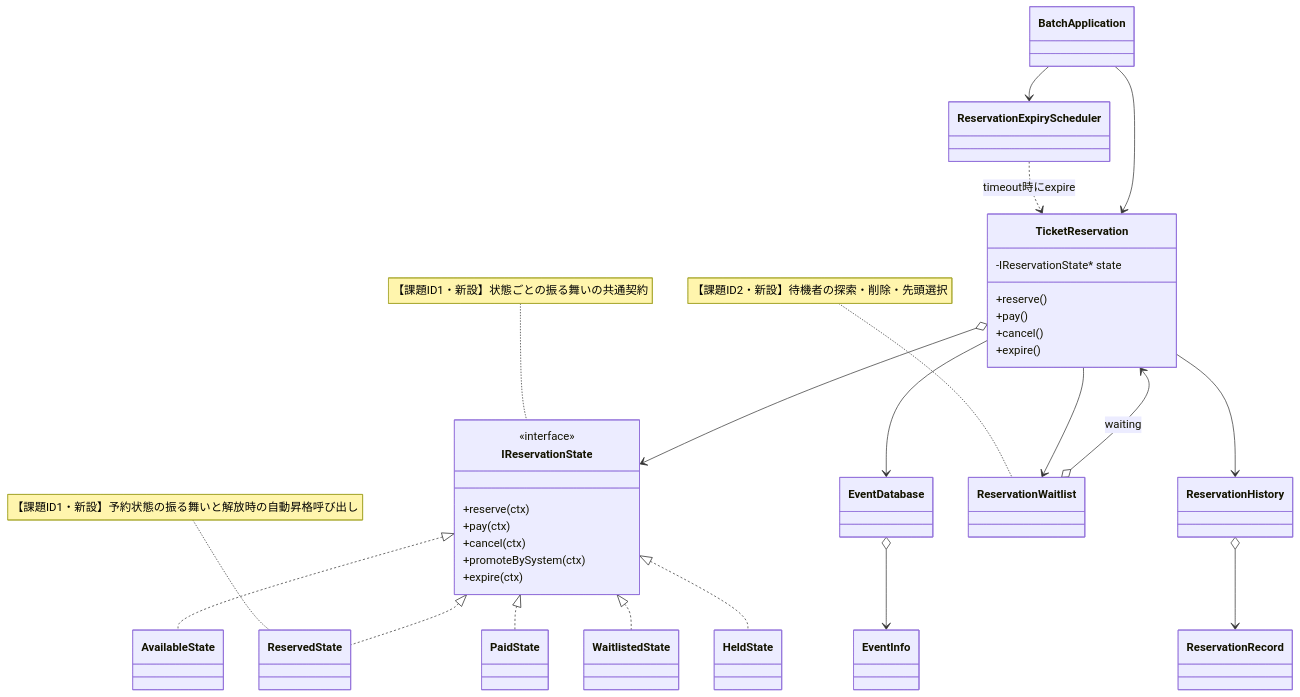
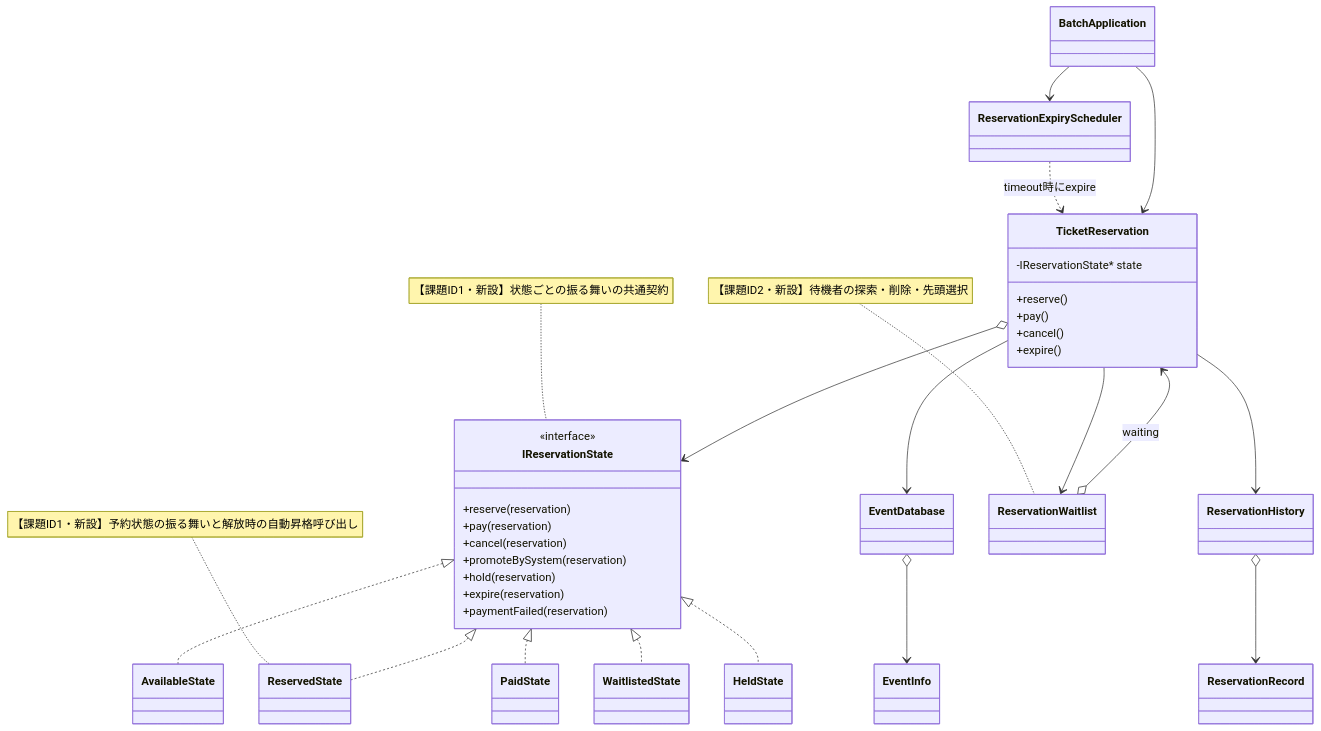
One commit to kumachan1101-pixel/DesignPattern changed diagram 17 of 23 in kindle/design-patterns/output/chapter03.md. Above: the diagram before and after it, drawn with Mermaid. The commit also changed other lines of this file and 21 other files, not shown here.

````diff
--- a/kindle/design-patterns/output/chapter03.md
+++ b/kindle/design-patterns/output/chapter03.md
@@ -1675,52 +1684,54 @@
 ```mermaid
 classDiagram
     class TicketReservation {
         -IReservationState* state
         +reserve()
         +pay()
         +cancel()
         +expire()
     }
     class IReservationState {
         <<interface>>
-        +reserve(ctx)
-        +pay(ctx)
-        +cancel(ctx)
-        +promoteBySystem(ctx)
-        +expire(ctx)
+        +reserve(reservation)
+        +pay(reservation)
+        +cancel(reservation)
+        +promoteBySystem(reservation)
+        +hold(reservation)
+        +expire(reservation)
+        +paymentFailed(reservation)
     }
     class EventInfo
     class ReservationRecord
     class EventDatabase
     class ReservationHistory
     class ReservationWaitlist
     class AvailableState
     class ReservedState
     class PaidState
     class WaitlistedState
     class HeldState
     class ReservationExpiryScheduler
     class BatchApplication
     TicketReservation o--> IReservationState
     TicketReservation --> EventDatabase
     TicketReservation --> ReservationHistory
     TicketReservation --> ReservationWaitlist
     ReservationWaitlist o--> TicketReservation : waiting
     EventDatabase o--> EventInfo
     ReservationHistory o--> ReservationRecord
     IReservationState <|.. AvailableState
     IReservationState <|.. ReservedState
     IReservationState <|.. PaidState
     IReservationState <|.. WaitlistedState
     IReservationState <|.. HeldState
     ReservationExpiryScheduler ..> TicketReservation : timeout時にexpire
     BatchApplication --> TicketReservation
     BatchApplication --> ReservationExpiryScheduler
 
     note for IReservationState "【課題ID1・新設】状態ごとの振る舞いの共通契約"
     note for ReservedState "【課題ID1・新設】予約状態の振る舞いと解放時の自動昇格呼び出し"
     note for ReservationWaitlist "【課題ID2・新設】待機者の探索・削除・先頭選択"
 
     classDef focus fill:#FFF2CC,stroke:#D6B656,stroke-width:2px,color:#222222
     cssClass "IReservationState,AvailableState,ReservedState,PaidState,WaitlistedState,HeldState,ReservationWaitlist,ReservationExpiryScheduler" focus
 ```
````
